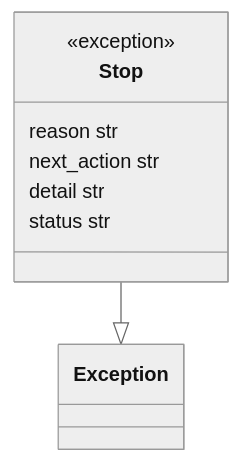
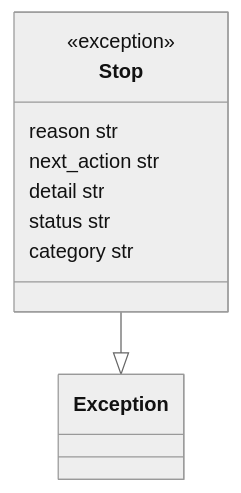
Before and after one commit to plaplanche/ariane: the first of 2 diagrams in docs/architecture/modules/stop.md, drawn with Mermaid (neutral theme). The commit also changed other lines of this file and 34 other files, not shown here.

````diff
--- a/docs/architecture/modules/stop.md
+++ b/docs/architecture/modules/stop.md
@@ -22,11 +34,12 @@
 ```mermaid
 classDiagram
 class Stop {
   <<exception>>
   reason str
   next_action str
   detail str
   status str
+  category str
 }
 Stop --|> Exception
 ```
````
